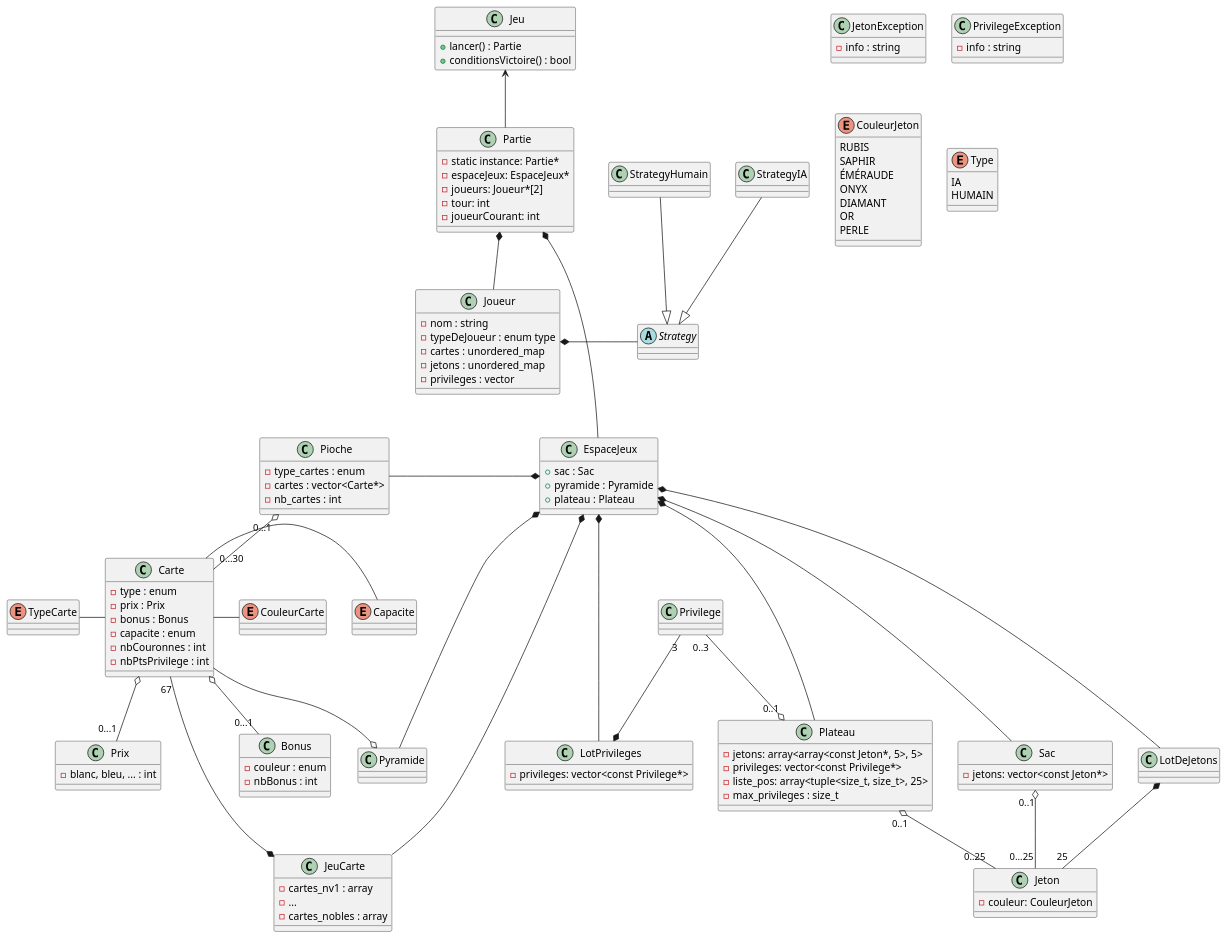
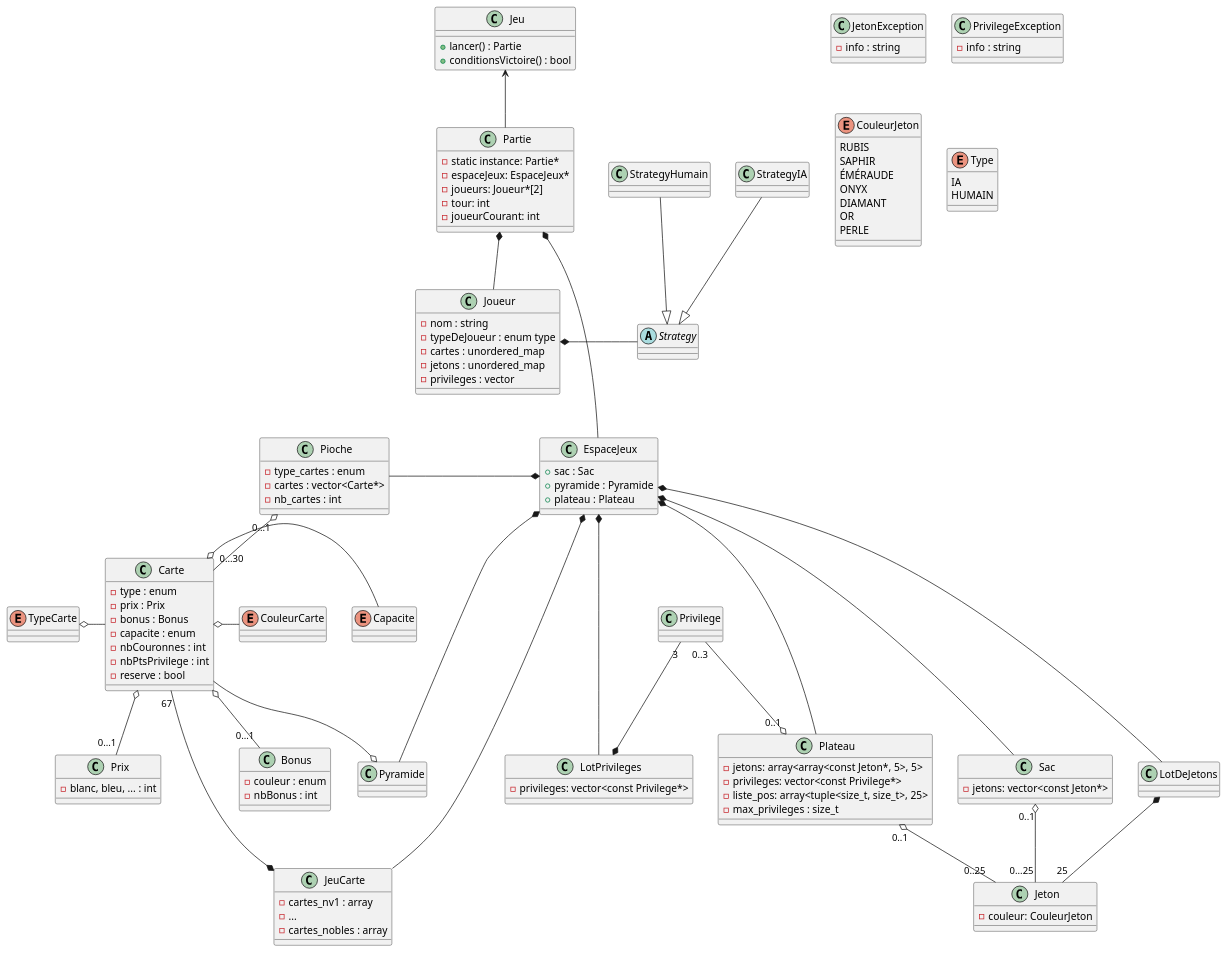
The diagram in uml/general/splendor.plantuml (theguega/OOP-Board-Game), drawn with PlantUML before and after one commit.

Commit message:
modif uml general

```diff
--- a/uml/general/splendor.plantuml
+++ b/uml/general/splendor.plantuml
@@ -1,161 +1,163 @@
-@startuml
+@startuml splendor
 '    https://plantuml.com/class-diagram
 
 class JetonException {
   - info : string
 }
 
 class PrivilegeException {
   - info : string
 }
 
 enum CouleurJeton {
   RUBIS
   SAPHIR
   ÉMÉRAUDE
   ONYX
   DIAMANT
   OR
   PERLE
 }
 
 
 
 class Jeton {
   - couleur: CouleurJeton
 }
 
 class Privilege {
 }
 
 class LotPrivileges {
   - privileges: vector<const Privilege*>
 }
 
 class Sac {
   - jetons: vector<const Jeton*>
 }
 
 class Plateau {
   - jetons: array<array<const Jeton*, 5>, 5>
   - privileges: vector<const Privilege*>
   - liste_pos: array<tuple<size_t, size_t>, 25>
   - max_privileges : size_t
 }
 
 LotDeJetons *--"25" Jeton
 Sac "0..1" o-- "0...25" Jeton
 Privilege "3" --* LotPrivileges
 Plateau "0..1" o- "0..25" Jeton
 Privilege "0..3" -o "0..1" Plateau
 
 ' Cartes
 
 enum CouleurCarte
 
 enum TypeCarte
 
 enum Capacite
 
 class Carte{
     - type : enum
     - prix : Prix
     - bonus : Bonus
     - capacite : enum
     - nbCouronnes : int
     - nbPtsPrivilege : int
+    - reserve : bool
 }
 
 class Bonus{
     - couleur : enum
     - nbBonus : int
 }
 
 class Prix{
     - blanc, bleu, ... : int
 }
 
 class Pioche {
     - type_cartes : enum
     - cartes : vector<Carte*>
     - nb_cartes : int
 }
 
 class JeuCarte {
     - cartes_nv1 : array
     - ...
     - cartes_nobles : array
 }
 
 class Pyramide {
 }
 
 Carte "67" ---* JeuCarte
 Carte --o Pyramide
 Pioche "0...1" o-- "0...30"Carte
 Carte o-- "0...1" Bonus
 Carte o-- "0...1" Prix
-Carte - CouleurCarte
-TypeCarte - Carte
-Carte - Capacite
+Carte o- CouleurCarte
+TypeCarte o- Carte
+Carte o- Capacite
 
 ' Joueur
 
 class Joueur {
     - nom : string
     - typeDeJoueur : enum type
     - cartes : unordered_map
     - jetons : unordered_map
     - privileges : vector
 }
 
 abstract Strategy {
 }
 
 class StrategyHumain
 class StrategyIA
 
 Joueur *- Strategy
 StrategyHumain --|> Strategy
 StrategyIA --|> Strategy
 enum Type {
     IA
     HUMAIN
 }
 
 ' Partie
 
 class Partie {
     - static instance: Partie*
     - espaceJeux: EspaceJeux*
     - joueurs: Joueur*[2]
     - tour: int
     - joueurCourant: int
 }
 
 ' Others
 
 class EspaceJeux {
     + sac : Sac
     + pyramide : Pyramide
     + plateau : Plateau
 }
 
 class Jeu {
     + lancer() : Partie
     + conditionsVictoire() : bool
 }
 
 Partie *--- EspaceJeux
 Partie *-- Joueur
 
 EspaceJeux *--- Sac
 EspaceJeux *--- Pyramide
 EspaceJeux *--- Plateau
 EspaceJeux *--- LotDeJetons
 EspaceJeux *--- LotPrivileges
 EspaceJeux *-- JeuCarte
 Pioche -* EspaceJeux
 
 Jeu <-- Partie
+
 @enduml
```
